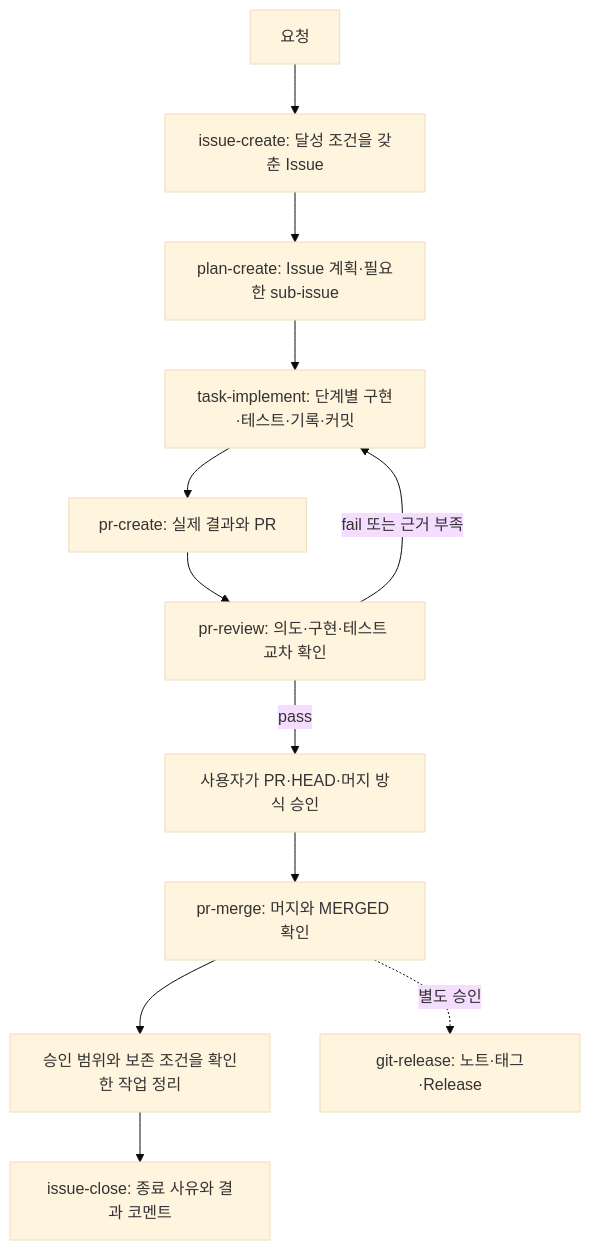
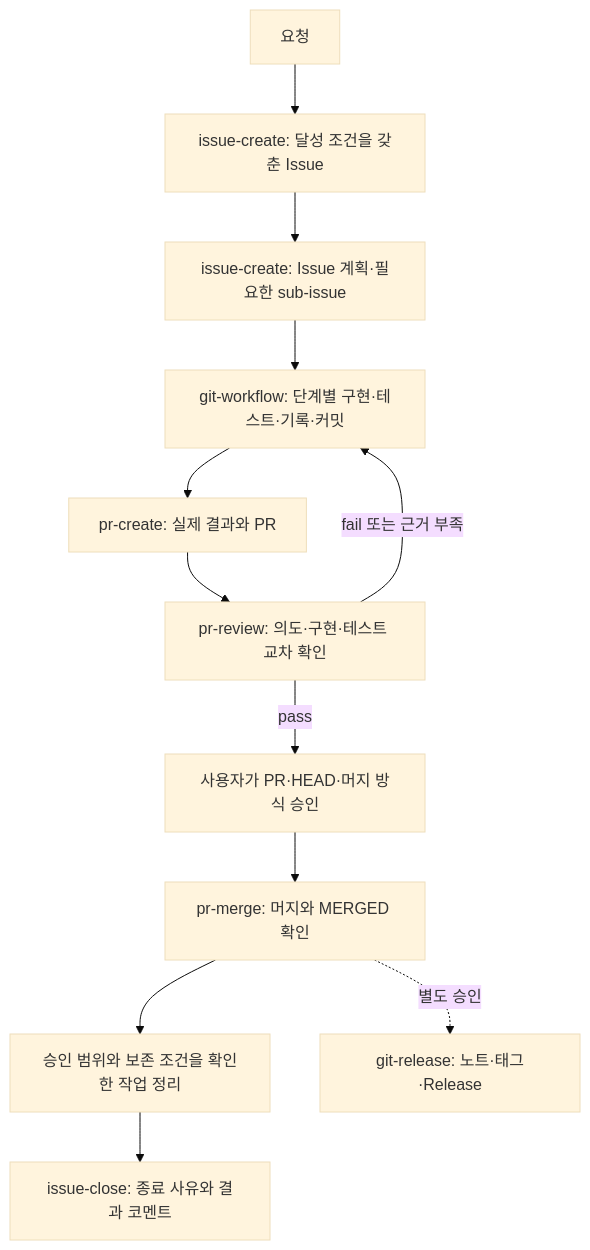
Before and after one commit to insung/git-workflow: the diagram in README.ko.md, drawn with Mermaid (base theme). The commit also changed other lines of this file and 26 other files, not shown here.

First line of the commit message:
feat(git-workflow): 계획과 구현을 기존 진입점으로 통합

````diff
--- a/README.ko.md
+++ b/README.ko.md
@@ -42,14 +42,14 @@
 ```mermaid
 flowchart TD
     A[요청] --> B[issue-create: 달성 조건을 갖춘 Issue]
-    B --> C[plan-create: Issue 계획·필요한 sub-issue]
-    C --> D[task-implement: 단계별 구현·테스트·기록·커밋]
+    B --> C[issue-create: Issue 계획·필요한 sub-issue]
+    C --> D[git-workflow: 단계별 구현·테스트·기록·커밋]
     D --> E[pr-create: 실제 결과와 PR]
     E --> F[pr-review: 의도·구현·테스트 교차 확인]
     F -->|fail 또는 근거 부족| D
     F -->|pass| G[사용자가 PR·HEAD·머지 방식 승인]
     G --> H[pr-merge: 머지와 MERGED 확인]
     H --> J[승인 범위와 보존 조건을 확인한 작업 정리]
     J --> K[issue-close: 종료 사유와 결과 코멘트]
     H -. 별도 승인 .-> I[git-release: 노트·태그·Release]
 ```
````
